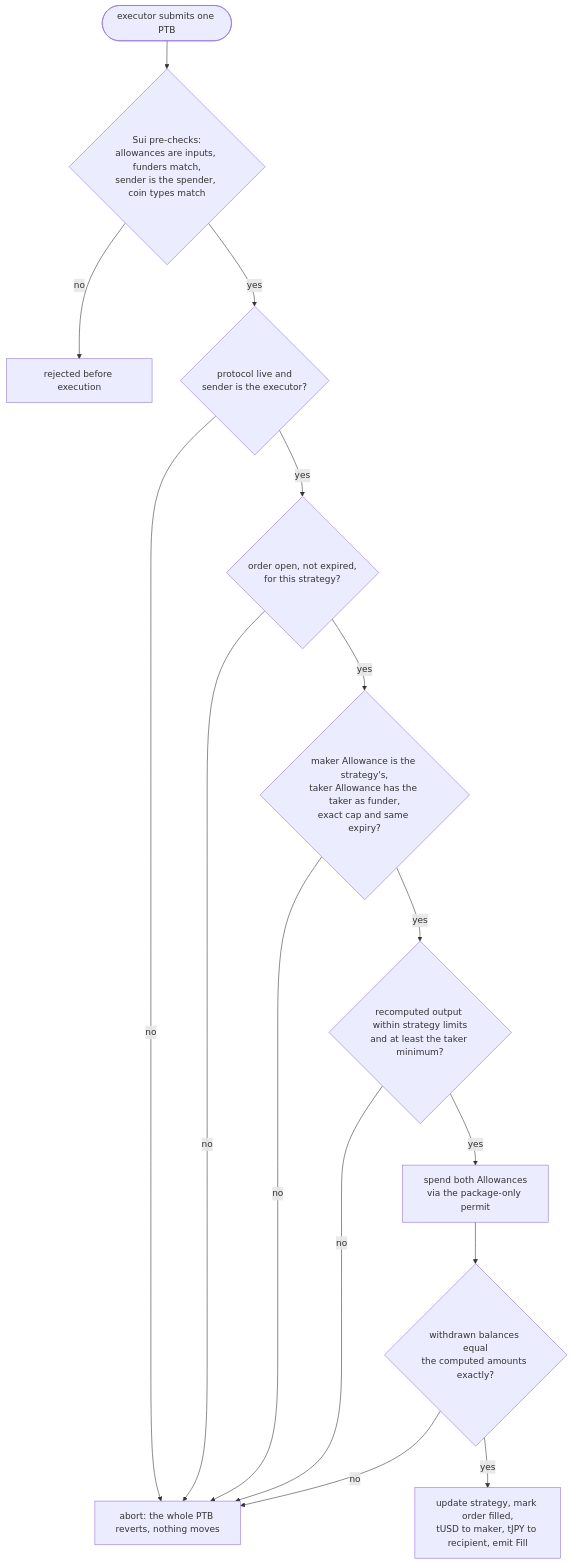
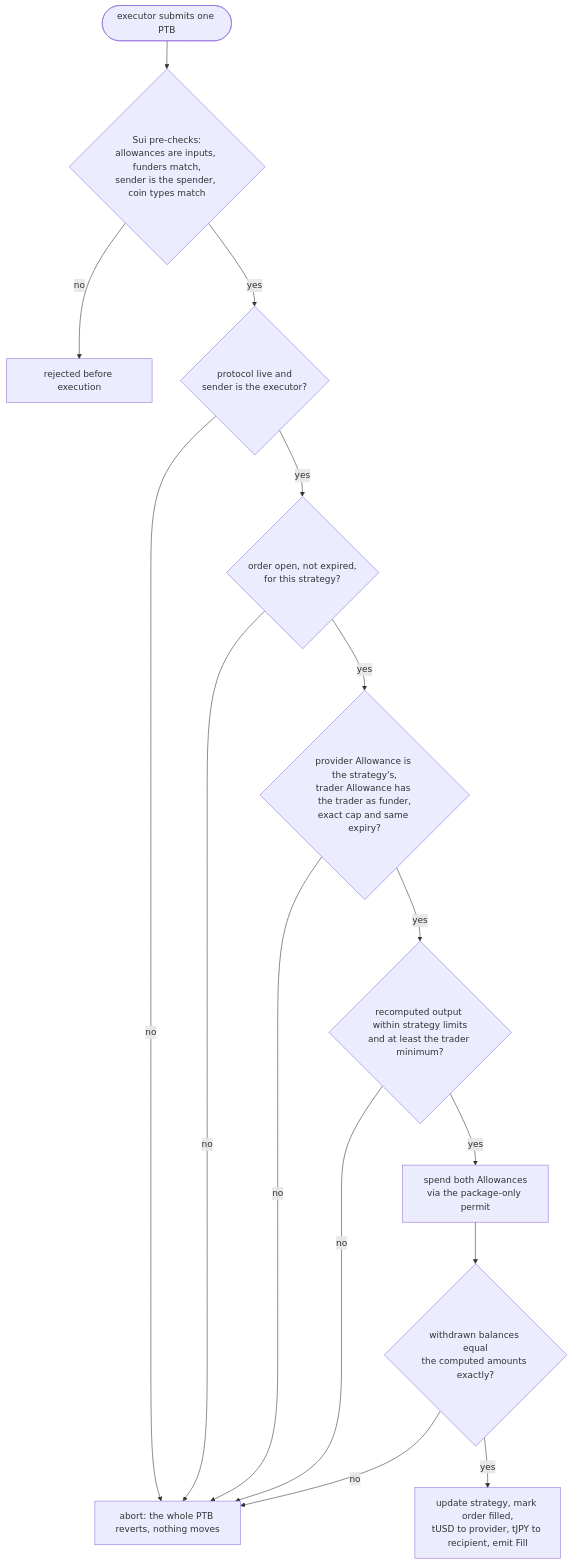
One commit to xfajarr/SUIJIN changed the third of 4 diagrams in README.md. Above: the diagram before and after it, drawn with Mermaid. The commit also changed other lines of this file and 1 other file, not shown here.

Commit message:
docs(readme): logo, provider/trader wording, broader problem statement

````diff
--- a/README.md
+++ b/README.md
@@ -94,18 +120,18 @@
 ```mermaid
 flowchart TD
     start(["executor submits one PTB"]) --> pre{"Sui pre-checks:<br/>allowances are inputs, funders match,<br/>sender is the spender, coin types match"}
     pre -- "no" --> rejected["rejected before execution"]
     pre -- "yes" --> c1{"protocol live and<br/>sender is the executor?"}
     c1 -- "no" --> abort
     c1 -- "yes" --> c2{"order open, not expired,<br/>for this strategy?"}
     c2 -- "no" --> abort
-    c2 -- "yes" --> c3{"maker Allowance is the strategy's,<br/>taker Allowance has the taker as funder,<br/>exact cap and same expiry?"}
+    c2 -- "yes" --> c3{"provider Allowance is the strategy's,<br/>trader Allowance has the trader as funder,<br/>exact cap and same expiry?"}
     c3 -- "no" --> abort
-    c3 -- "yes" --> c4{"recomputed output within strategy limits<br/>and at least the taker minimum?"}
+    c3 -- "yes" --> c4{"recomputed output within strategy limits<br/>and at least the trader minimum?"}
     c4 -- "no" --> abort
     c4 -- "yes" --> spend["spend both Allowances<br/>via the package-only permit"]
     spend --> c5{"withdrawn balances equal<br/>the computed amounts exactly?"}
     c5 -- "no" --> abort
-    c5 -- "yes" --> settle["update strategy, mark order filled,<br/>tUSD to maker, tJPY to recipient, emit Fill"]
+    c5 -- "yes" --> settle["update strategy, mark order filled,<br/>tUSD to provider, tJPY to recipient, emit Fill"]
     abort["abort: the whole PTB reverts, nothing moves"]
 ```
````
